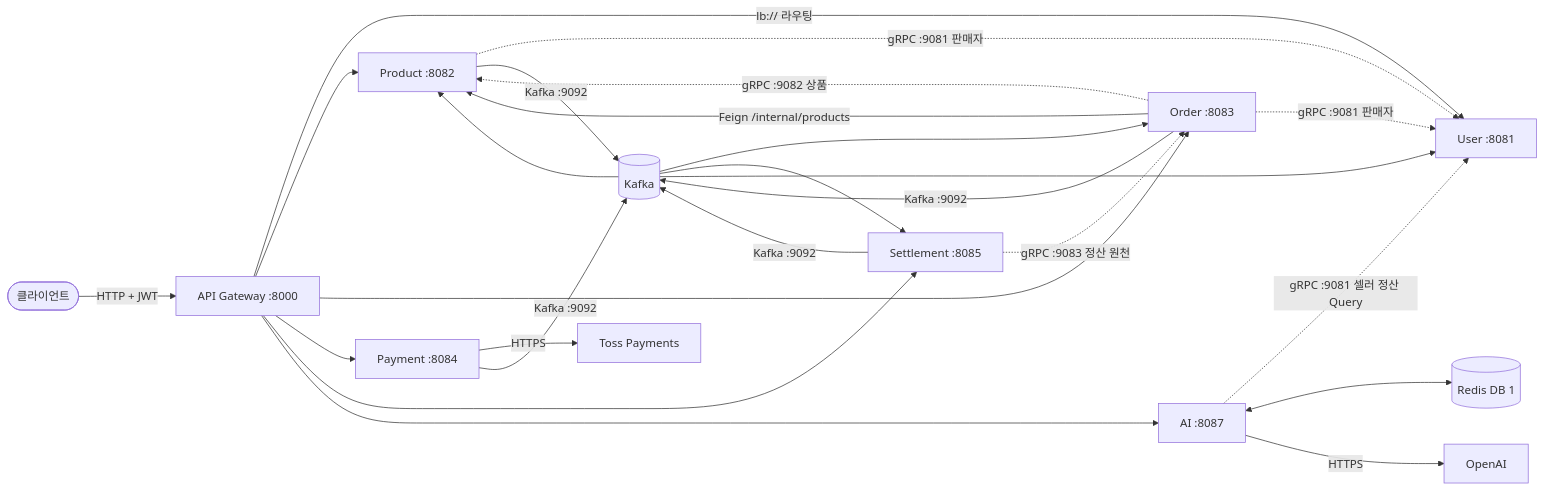
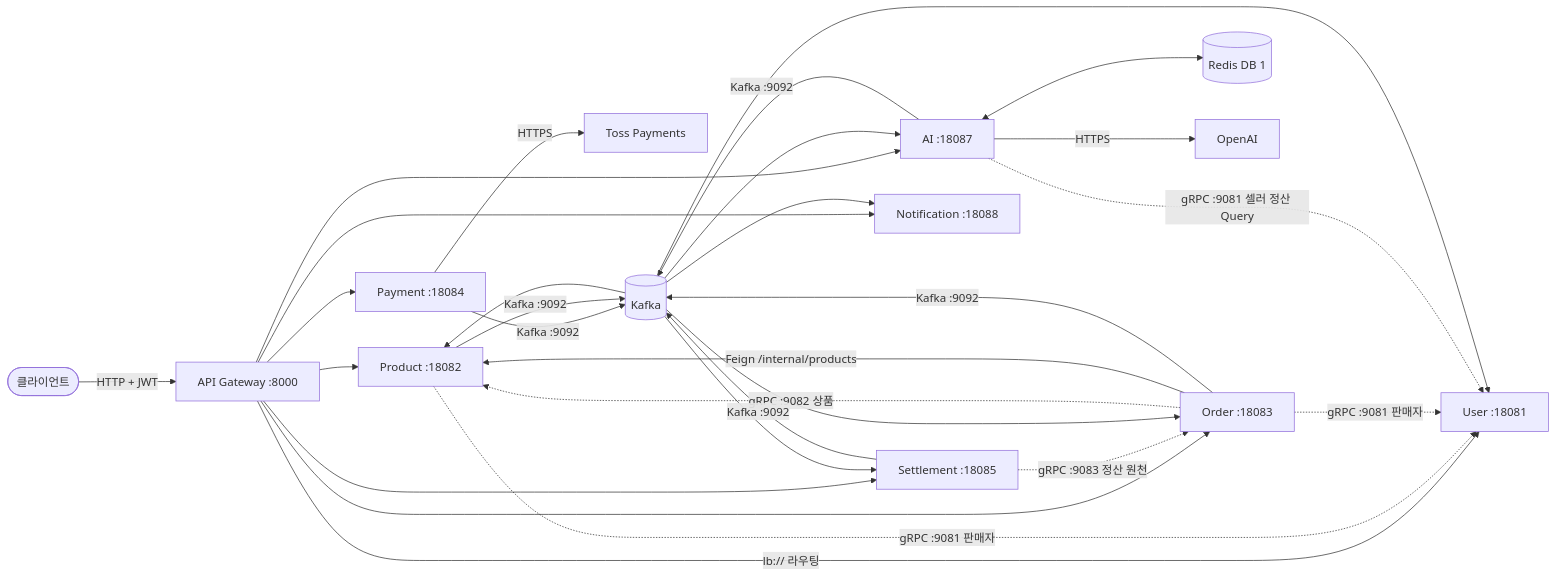
The diagram in docs/architecture/overview.md (prgrms-be-adv-devcourse/beadv6_6_3JMT_BE), drawn with Mermaid before and after one commit. The commit also changed other lines of this file and 53 other files, not shown here.

````diff
--- a/docs/architecture/overview.md
+++ b/docs/architecture/overview.md
@@ -28,23 +28,24 @@
 ```mermaid
 flowchart LR
     Client([클라이언트]) -->|HTTP + JWT| GW[API Gateway :8000]
-    GW -->|lb:// 라우팅| US[User :8081]
-    GW --> PS[Product :8082]
-    GW --> OS[Order :8083]
-    GW --> PAY[Payment :8084]
-    GW --> SS[Settlement :8085]
-    GW --> AI[AI :8087]
+    GW -->|lb:// 라우팅| US[User :18081]
+    GW --> PS[Product :18082]
+    GW --> OS[Order :18083]
+    GW --> PAY[Payment :18084]
+    GW --> SS[Settlement :18085]
+    GW --> AI[AI :18087]
+    GW --> NS[Notification :18088]
 
     PS -.->|gRPC :9081 판매자| US
     OS -.->|gRPC :9082 상품| PS
     OS -.->|gRPC :9081 판매자| US
     OS -->|Feign /internal/products| PS
     SS -.->|gRPC :9083 정산 원천| OS
     AI -.->|gRPC :9081 셀러 정산 Query| US
     AI <--> R[(Redis DB 1)]
     AI -->|HTTPS| OAI[OpenAI]
 
     PAY -->|HTTPS| Toss[Toss Payments]
-    PAY & OS & PS & SS -->|Kafka :9092| K[(Kafka)]
-    K --> OS & PS & SS & US
+    PAY & OS & PS & SS & AI -->|Kafka :9092| K[(Kafka)]
+    K --> OS & PS & SS & US & AI & NS
 ```
````
